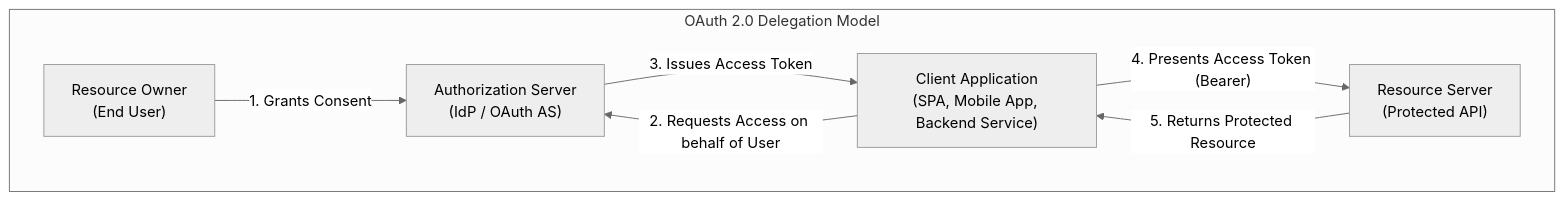
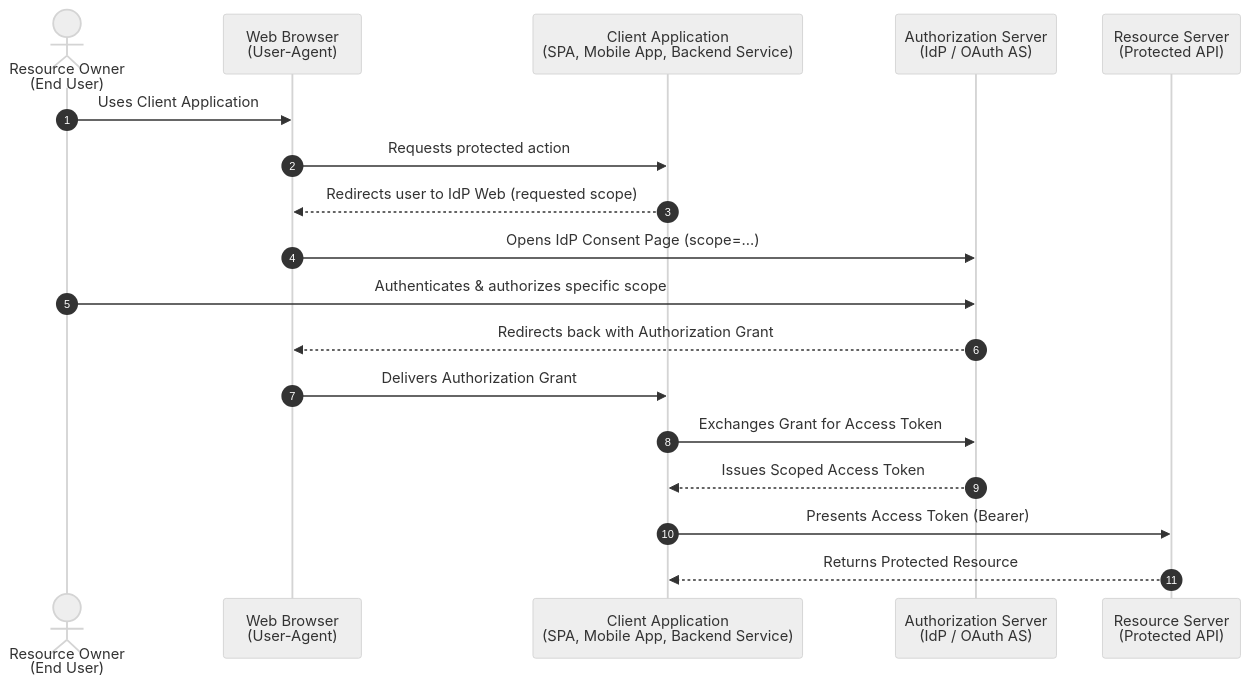
Before and after one commit to LyzanderAndrylie/note: the second of 22 diagrams in software-engineer/concept/auth/oauth.md, drawn with Mermaid (neutral theme). The commit also changed other lines of this file and 4 other files, not shown here.

Commit message:
refactor: expand oauth documentation on client credentials and add token introspection guide

````diff
--- a/software-engineer/concept/auth/oauth.md
+++ b/software-engineer/concept/auth/oauth.md
@@ -45,15 +47,21 @@
 ```mermaid
-flowchart TD
-    subgraph OAuthEcosystem ["OAuth 2.0 Delegation Model"]
-        RO["Resource Owner<br/>(End User)"]
-        Client["Client Application<br/>(SPA, Mobile App, Backend Service)"]
-        AS["Authorization Server<br/>(IdP / OAuth AS)"]
-        RS["Resource Server<br/>(Protected API)"]
-    end
+sequenceDiagram
+    autonumber
+    actor RO as Resource Owner<br/>(End User)
+    participant Web as Web Browser<br/>(User-Agent)
+    participant Client as Client Application<br/>(SPA, Mobile App, Backend Service)
+    participant AS as Authorization Server<br/>(IdP / OAuth AS)
+    participant RS as Resource Server<br/>(Protected API)
 
-    RO -->|"1. Grants Consent"| AS
-    Client -->|"2. Requests Access on behalf of User"| AS
-    AS -->|"3. Issues Access Token"| Client
-    Client -->|"4. Presents Access Token (Bearer)"| RS
-    RS -->|"5. Returns Protected Resource"| Client
+    RO->>Web: Uses Client Application
+    Web->>Client: Requests protected action
+    Client-->>Web: Redirects user to IdP Web (requested scope)
+    Web->>AS: Opens IdP Consent Page (scope=...)
+    RO->>AS: Authenticates & authorizes specific scope
+    AS-->>Web: Redirects back with Authorization Grant
+    Web->>Client: Delivers Authorization Grant
+    Client->>AS: Exchanges Grant for Access Token
+    AS-->>Client: Issues Scoped Access Token
+    Client->>RS: Presents Access Token (Bearer)
+    RS-->>Client: Returns Protected Resource
 ```
````
